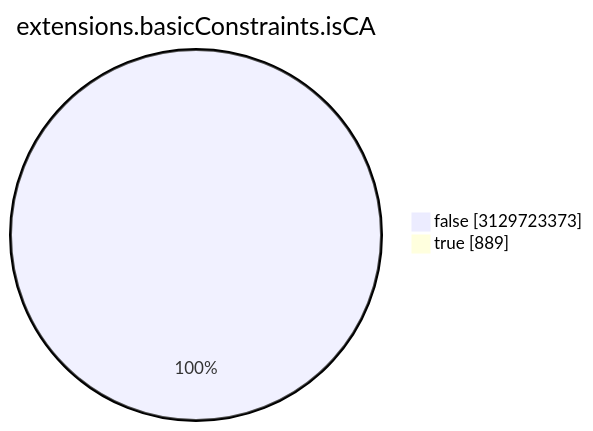
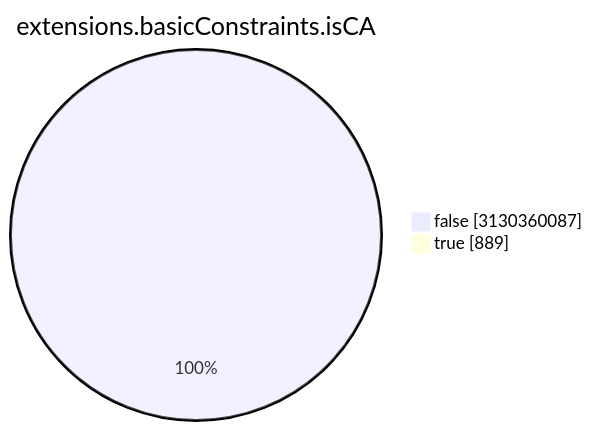
The seventh of 15 diagrams in TOTAL/README.md (christiankrug/ctmonitor_visualization), drawn with Mermaid before and after one commit. The commit also changed other lines of this file, not shown here.

````diff
--- a/TOTAL/README.md
+++ b/TOTAL/README.md
@@ -3088,6 +3088,6 @@
 ```mermaid
 pie showData
 title extensions.basicConstraints.isCA
-"false" :3129723373
+"false" :3130360087
 "true" :889
 ```
````
